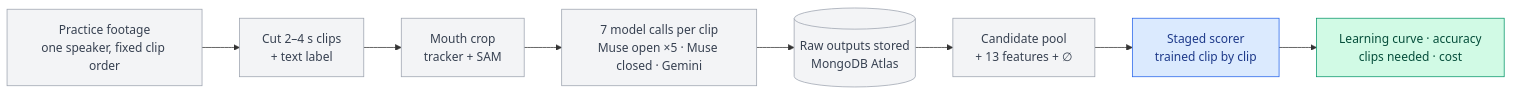
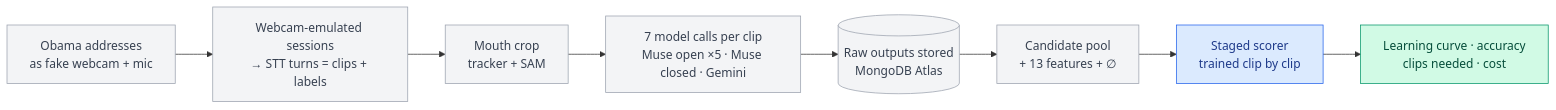
Before and after one commit to Darijan-Ducic/badge-machine: the diagram in docs/training-v1.md, drawn with Mermaid. The commit also changed other lines of this file, not shown here.

First line of the commit message:
docs: Training v1 uses natural preheat on webcam-emulated Obama addresses

````diff
--- a/docs/training-v1.md
+++ b/docs/training-v1.md
@@ -5,17 +5,17 @@
 ```mermaid
 flowchart LR
-  SRC["Practice footage<br/>one speaker, fixed clip order"] --> CUT["Cut 2–4 s clips<br/>+ text label"]
+  SRC["Obama addresses<br/>as fake webcam + mic"] --> CUT["Webcam-emulated sessions<br/>→ STT turns = clips + labels"]
   CUT --> CROP["Mouth crop<br/>tracker + SAM"]
   CROP --> CALLS["7 model calls per clip<br/>Muse open ×5 · Muse closed · Gemini"]
   CALLS --> RAW[("Raw outputs stored<br/>MongoDB Atlas")]
   RAW --> POOL["Candidate pool<br/>+ 13 features + ∅"]
   POOL --> SCORE["Staged scorer<br/>trained clip by clip"]
   SCORE --> OUT["Learning curve · accuracy<br/>clips needed · cost"]
 
   classDef frozen fill:#f3f4f6,stroke:#9ca3af,color:#374151
   classDef trained fill:#dbeafe,stroke:#2563eb,color:#1e3a8a
   classDef result fill:#d1fae5,stroke:#059669,color:#064e3b
   class SRC,CUT,CROP,CALLS,RAW,POOL frozen
   class SCORE trained
   class OUT result
 ```
````
